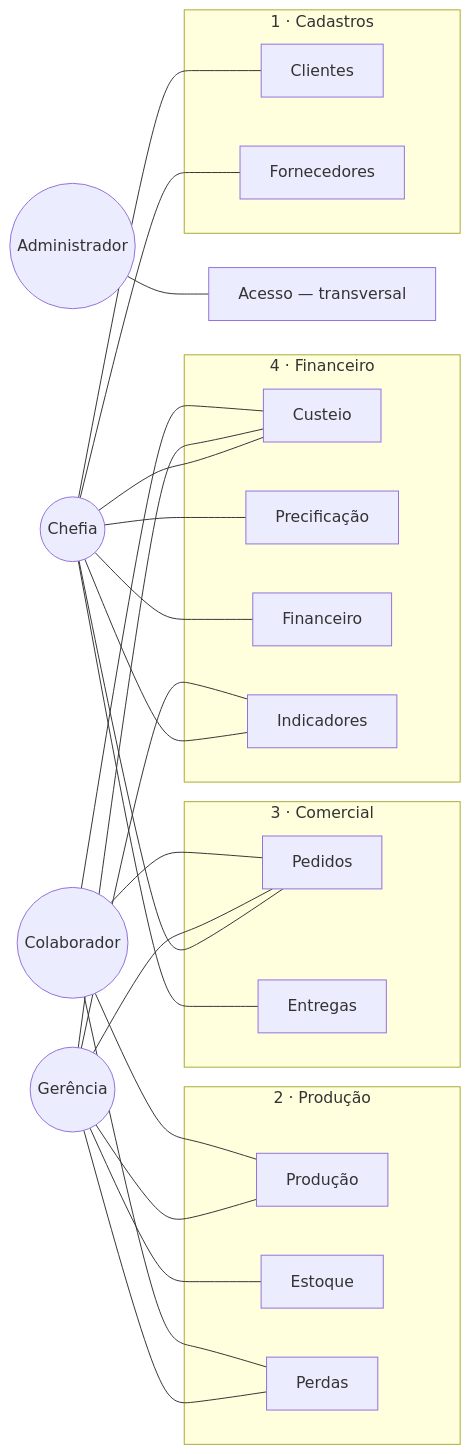
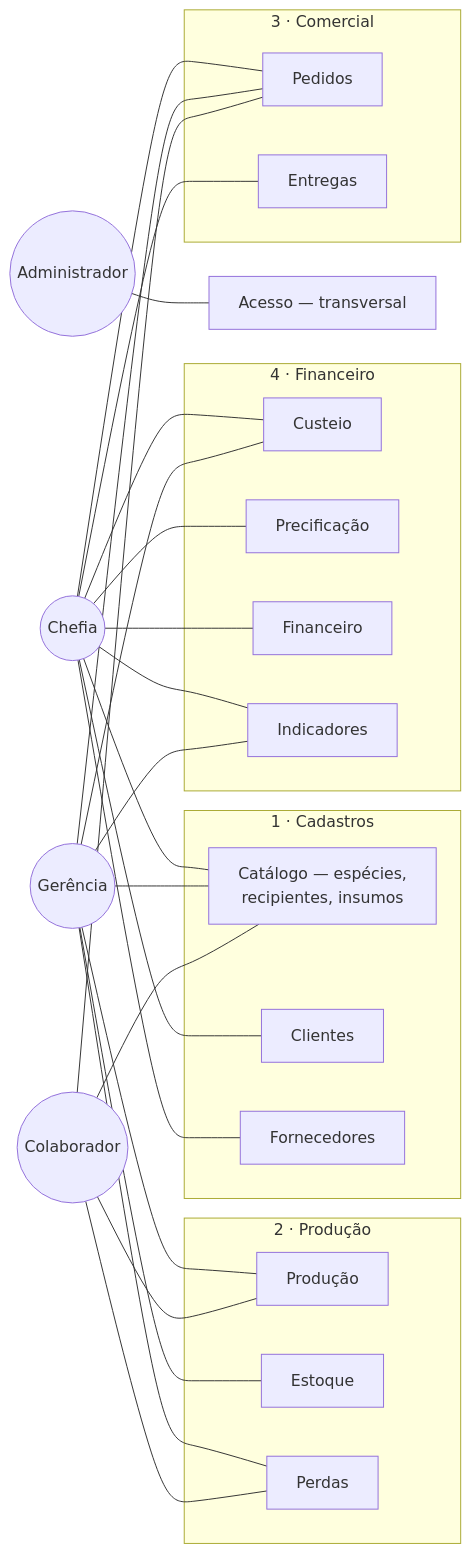
The first of 5 diagrams in docs/engenharia/C-modelagem/C1-diagrama-casos-de-uso.md (JoaoMudar/mudar), drawn with Mermaid before and after one commit. The commit also changed other lines of this file and 83 other files, not shown here.

````diff
--- a/docs/engenharia/C-modelagem/C1-diagrama-casos-de-uso.md
+++ b/docs/engenharia/C-modelagem/C1-diagrama-casos-de-uso.md
@@ -40,51 +40,54 @@
 ```mermaid
 graph LR
   CH(("Chefia"))
   GE(("Gerência"))
   CO(("Colaborador"))
   AD(("Administrador"))
 
   subgraph M1["1 · Cadastros"]
+    S13["Catálogo &mdash; espécies,<br/>recipientes, insumos"]
     S6["Clientes"]
     S9["Fornecedores"]
   end
   subgraph M2["2 · Produção"]
     S2["Produção"]
     S3["Estoque"]
     S4["Perdas"]
   end
   subgraph M3["3 · Comercial"]
     S7["Pedidos"]
     S8["Entregas"]
   end
   subgraph M4["4 · Financeiro"]
     S1["Custeio"]
     S5["Precificação"]
     S10["Financeiro"]
     S11["Indicadores"]
   end
   S12["Acesso &mdash; transversal"]
 
+  CH --- S13
   CH --- S1
   CH --- S5
   CH --- S6
   CH --- S7
   CH --- S8
   CH --- S9
   CH --- S10
   CH --- S11
 
+  GE --- S13
   GE --- S1
   GE --- S2
   GE --- S3
   GE --- S4
   GE --- S7
   GE --- S11
 
-  CO --- S1
+  CO --- S13
   CO --- S2
   CO --- S4
   CO --- S7
 
   AD --- S12
 ```
````
